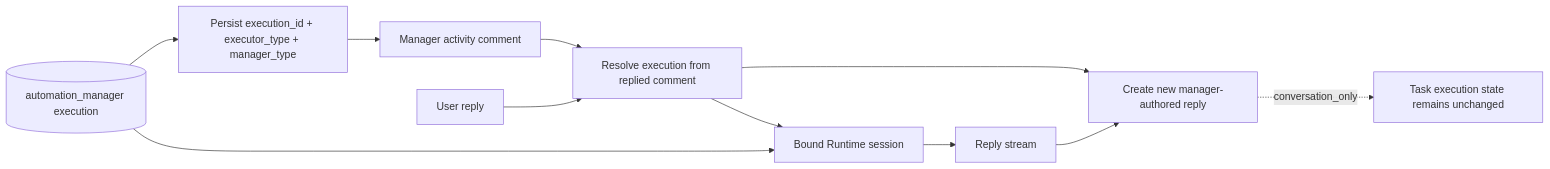
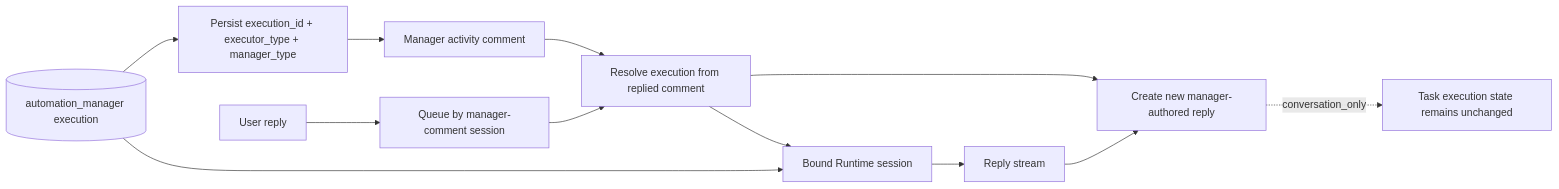
One commit to wecode-ai/Wegent changed the first of 2 diagrams in docs/en/architecture/automation-manager-continuation.md. Above: the diagram before and after it, drawn with Mermaid. The commit also changed other lines of this file and 6 other files, not shown here.

````diff
--- a/docs/en/architecture/automation-manager-continuation.md
+++ b/docs/en/architecture/automation-manager-continuation.md
@@ -7,13 +7,14 @@
 ```mermaid
 flowchart LR
     EXEC[(automation_manager execution)] --> BIND[Persist execution_id + executor_type + manager_type]
     BIND --> ROOT[Manager activity comment]
     EXEC --> SESSION[Bound Runtime session]
-    USER[User reply] --> ROUTE[Resolve execution from replied comment]
+    USER[User reply] --> QUEUE[Queue by manager-comment session]
+    QUEUE --> ROUTE[Resolve execution from replied comment]
     ROOT --> ROUTE
     ROUTE --> REPLY[Create new manager-authored reply]
     ROUTE --> SESSION
     SESSION --> STREAM[Reply stream]
     STREAM --> REPLY
     REPLY -. conversation_only .-> TASK[Task execution state remains unchanged]
 ```
````
